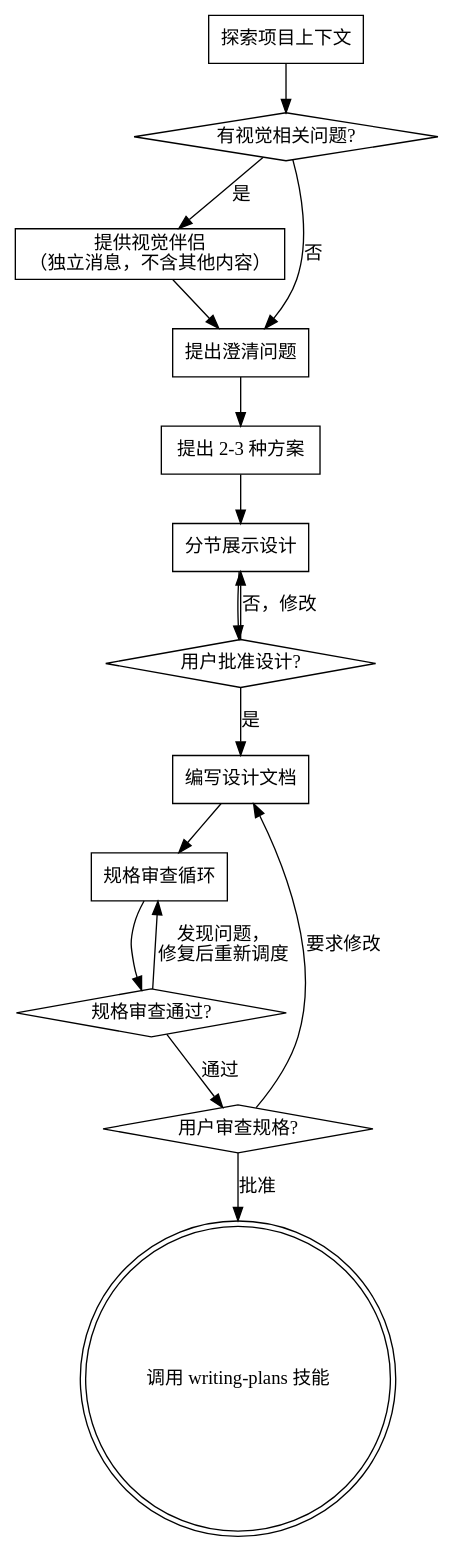
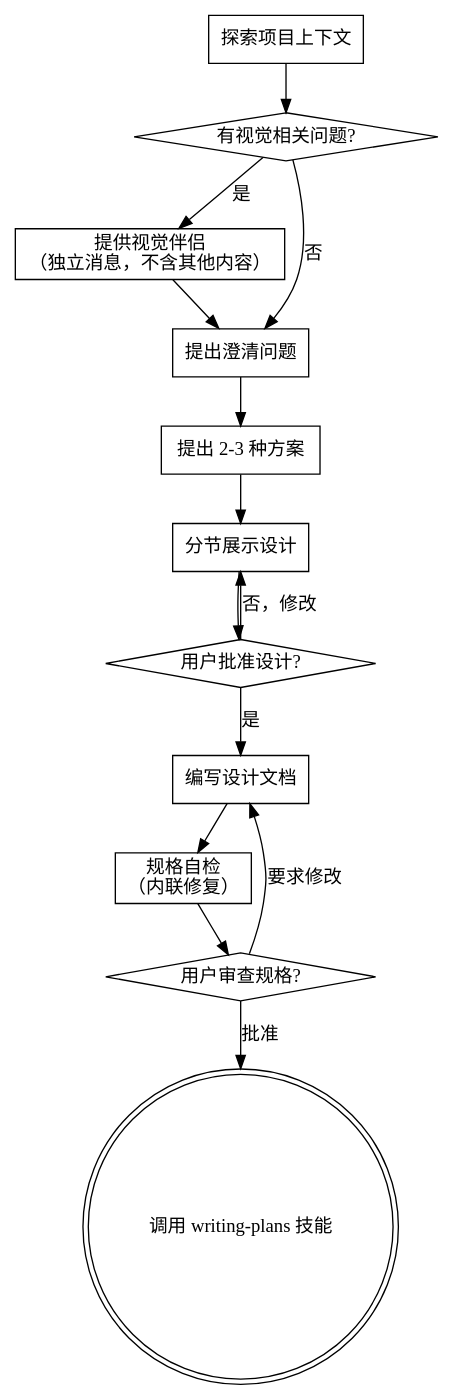
One commit to LYLMagui/niro changed the diagram in .claude/skills/brainstorming/SKILL.md. Above: the diagram before and after it, drawn with Graphviz. The commit also changed other lines of this file and 2 other files, not shown here.

````diff
--- a/.claude/skills/brainstorming/SKILL.md
+++ b/.claude/skills/brainstorming/SKILL.md
@@ -36,32 +36,29 @@
 ```dot
 digraph brainstorming {
     "探索项目上下文" [shape=box];
     "有视觉相关问题?" [shape=diamond];
     "提供视觉伴侣\n（独立消息，不含其他内容）" [shape=box];
     "提出澄清问题" [shape=box];
     "提出 2-3 种方案" [shape=box];
     "分节展示设计" [shape=box];
     "用户批准设计?" [shape=diamond];
     "编写设计文档" [shape=box];
-    "规格审查循环" [shape=box];
-    "规格审查通过?" [shape=diamond];
+    "规格自检\n（内联修复）" [shape=box];
     "用户审查规格?" [shape=diamond];
     "调用 writing-plans 技能" [shape=doublecircle];
 
     "探索项目上下文" -> "有视觉相关问题?";
     "有视觉相关问题?" -> "提供视觉伴侣\n（独立消息，不含其他内容）" [label="是"];
     "有视觉相关问题?" -> "提出澄清问题" [label="否"];
     "提供视觉伴侣\n（独立消息，不含其他内容）" -> "提出澄清问题";
     "提出澄清问题" -> "提出 2-3 种方案";
     "提出 2-3 种方案" -> "分节展示设计";
     "分节展示设计" -> "用户批准设计?";
     "用户批准设计?" -> "分节展示设计" [label="否，修改"];
     "用户批准设计?" -> "编写设计文档" [label="是"];
-    "编写设计文档" -> "规格审查循环";
-    "规格审查循环" -> "规格审查通过?";
-    "规格审查通过?" -> "规格审查循环" [label="发现问题，\n修复后重新调度"];
-    "规格审查通过?" -> "用户审查规格?" [label="通过"];
+    "编写设计文档" -> "规格自检\n（内联修复）";
+    "规格自检\n（内联修复）" -> "用户审查规格?";
     "用户审查规格?" -> "编写设计文档" [label="要求修改"];
     "用户审查规格?" -> "调用 writing-plans 技能" [label="批准"];
 }
 ```
````
